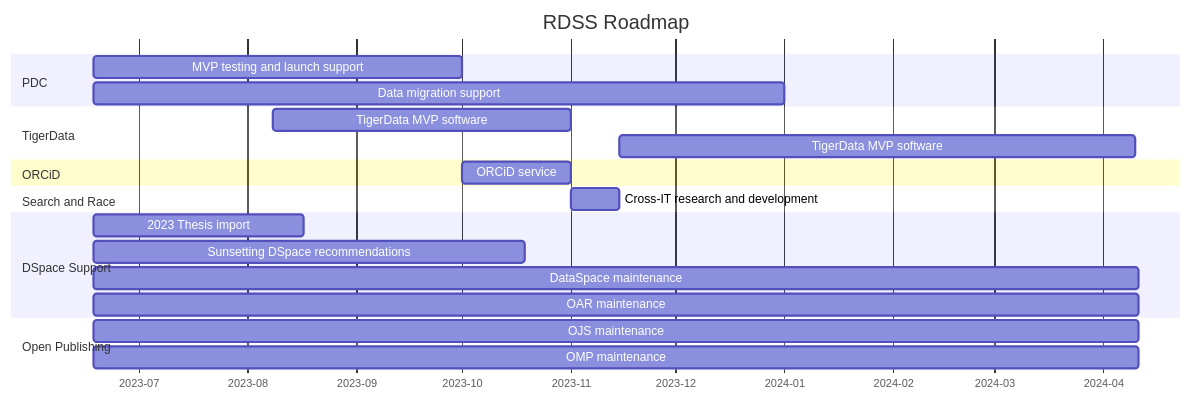
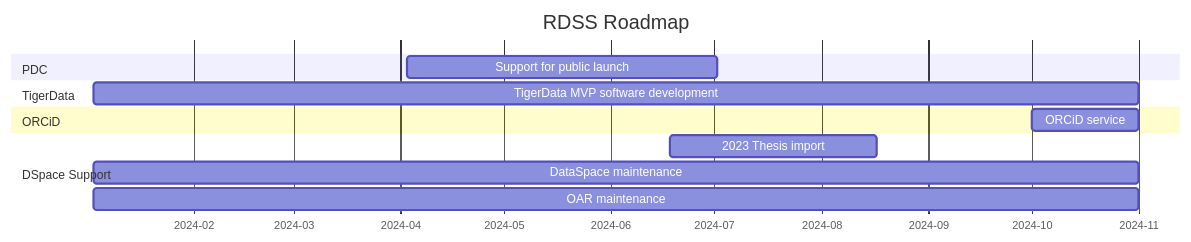
One commit to pulibrary/rdss-handbook changed the first of 35 diagrams in roadmap.md. Above: the diagram before and after it, drawn with Mermaid.

Commit message:
WIP revising roadmap to reflect 2024 priorities

````diff
--- a/roadmap.md
+++ b/roadmap.md
@@ -5,24 +5,16 @@
 ```mermaid
 gantt
     title RDSS Roadmap
     axisFormat  %Y-%m
     dateformat YYYY-MM
     section PDC
-    MVP testing and launch support: pd1,2023-06-18,105d
-    Data migration support: pd2,2023-06-18,197d
+    Support for public launch : pd1,2024-04-03,90d
     section TigerData
-    TigerData MVP software: td1,2023-08-08,85d
-    TigerData MVP software: td2,2023-11-15,147d
+    TigerData MVP software development: td1,2024-01-03,303d
     section ORCiD
-    ORCiD service: pd3,2023-10-01,31d
-    section Search and Race
-    Cross-IT research and development: sar1,2023-11-01,14d
+    ORCiD service: pd3,2024-10-01,31d
     section DSpace Support
-    2023 Thesis import: dsp1,2023-06-18,60d
-    Sunsetting DSpace recommendations: dsp2,2023-06-18,123d
-    DataSpace maintenance: dsp3,2023-06-18,298d
-    OAR maintenance: dsp4,2023-06-18,298d
-    section Open Publishing
-    OJS maintenance: op1,2023-06-18,298d
-    OMP maintenance: op2,2023-06-18,298d
+    2023 Thesis import: dsp1,2024-06-18,60d
+    DataSpace maintenance: dsp3,2024-01-03,303d
+    OAR maintenance: dsp4,2024-01-03,303d
 ```
````
